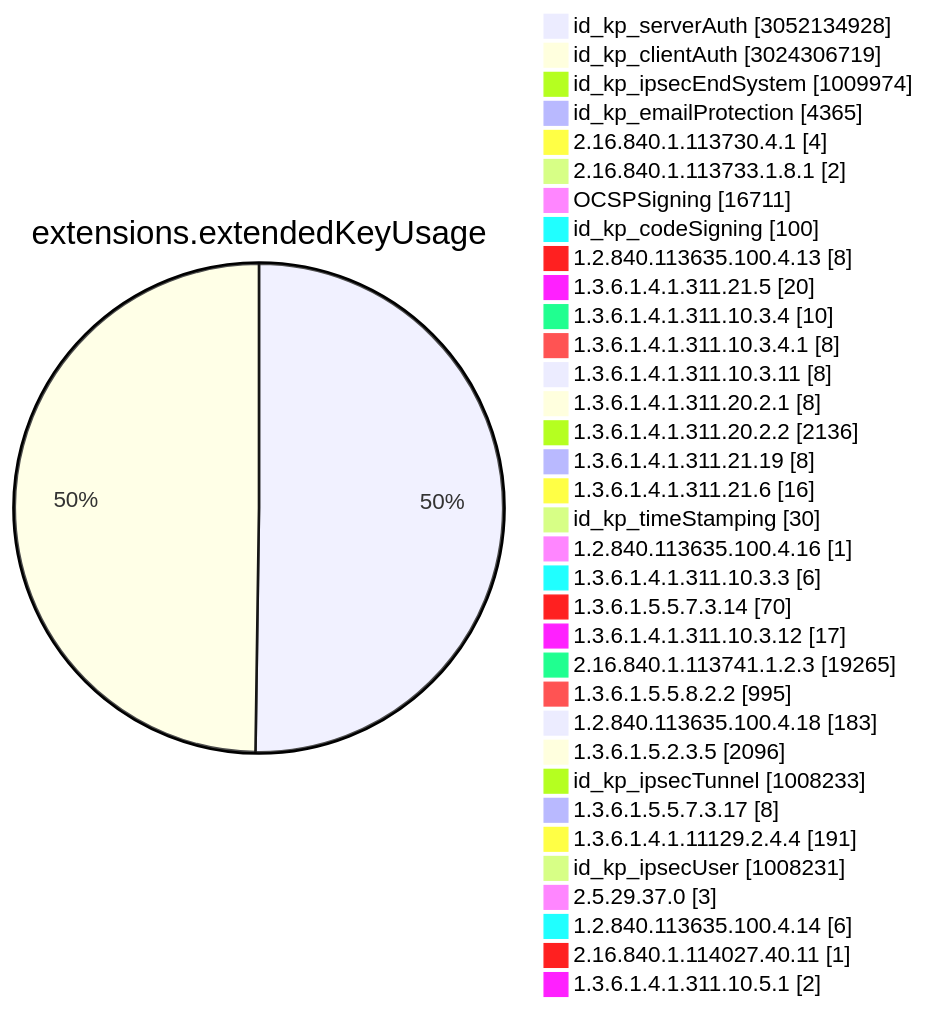
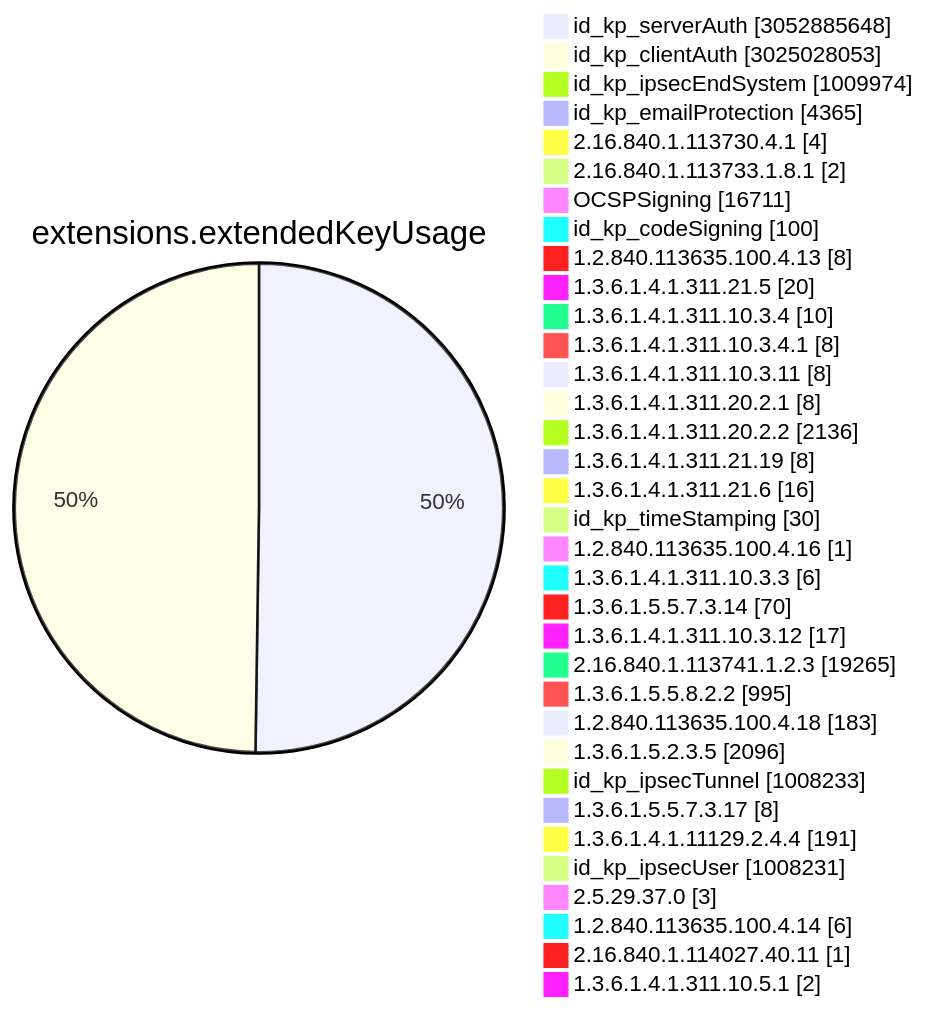
Diagram 11 of 15 in TOTAL/README.md (christiankrug/ctmonitor_visualization), drawn with Mermaid before and after one commit. The commit also changed other lines of this file, not shown here.

````diff
--- a/TOTAL/README.md
+++ b/TOTAL/README.md
@@ -4117,38 +4117,38 @@
 ```mermaid
 pie showData
 title extensions.extendedKeyUsage
-"id_kp_serverAuth" :3052134928
-"id_kp_clientAuth" :3024306719
+"id_kp_serverAuth" :3052885648
+"id_kp_clientAuth" :3025028053
 "id_kp_ipsecEndSystem" :1009974
 "id_kp_emailProtection" :4365
 "2.16.840.1.113730.4.1" :4
 "2.16.840.1.113733.1.8.1" :2
 "OCSPSigning" :16711
 "id_kp_codeSigning" :100
 "1.2.840.113635.100.4.13" :8
 "1.3.6.1.4.1.311.21.5" :20
 "1.3.6.1.4.1.311.10.3.4" :10
 "1.3.6.1.4.1.311.10.3.4.1" :8
 "1.3.6.1.4.1.311.10.3.11" :8
 "1.3.6.1.4.1.311.20.2.1" :8
 "1.3.6.1.4.1.311.20.2.2" :2136
 "1.3.6.1.4.1.311.21.19" :8
 "1.3.6.1.4.1.311.21.6" :16
 "id_kp_timeStamping" :30
 "1.2.840.113635.100.4.16" :1
 "1.3.6.1.4.1.311.10.3.3" :6
 "1.3.6.1.5.5.7.3.14" :70
 "1.3.6.1.4.1.311.10.3.12" :17
 "2.16.840.1.113741.1.2.3" :19265
 "1.3.6.1.5.5.8.2.2" :995
 "1.2.840.113635.100.4.18" :183
 "1.3.6.1.5.2.3.5" :2096
 "id_kp_ipsecTunnel" :1008233
 "1.3.6.1.5.5.7.3.17" :8
 "1.3.6.1.4.1.11129.2.4.4" :191
 "id_kp_ipsecUser" :1008231
 "2.5.29.37.0" :3
 "1.2.840.113635.100.4.14" :6
 "2.16.840.1.114027.40.11" :1
 "1.3.6.1.4.1.311.10.5.1" :2
 ```
````
